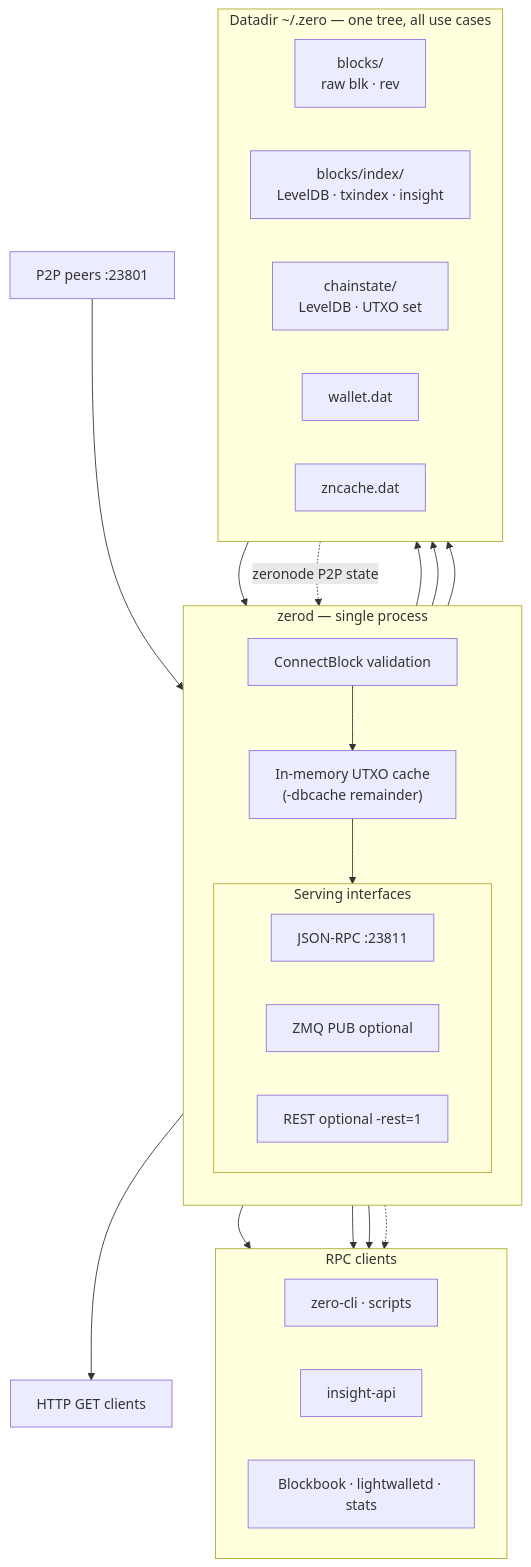
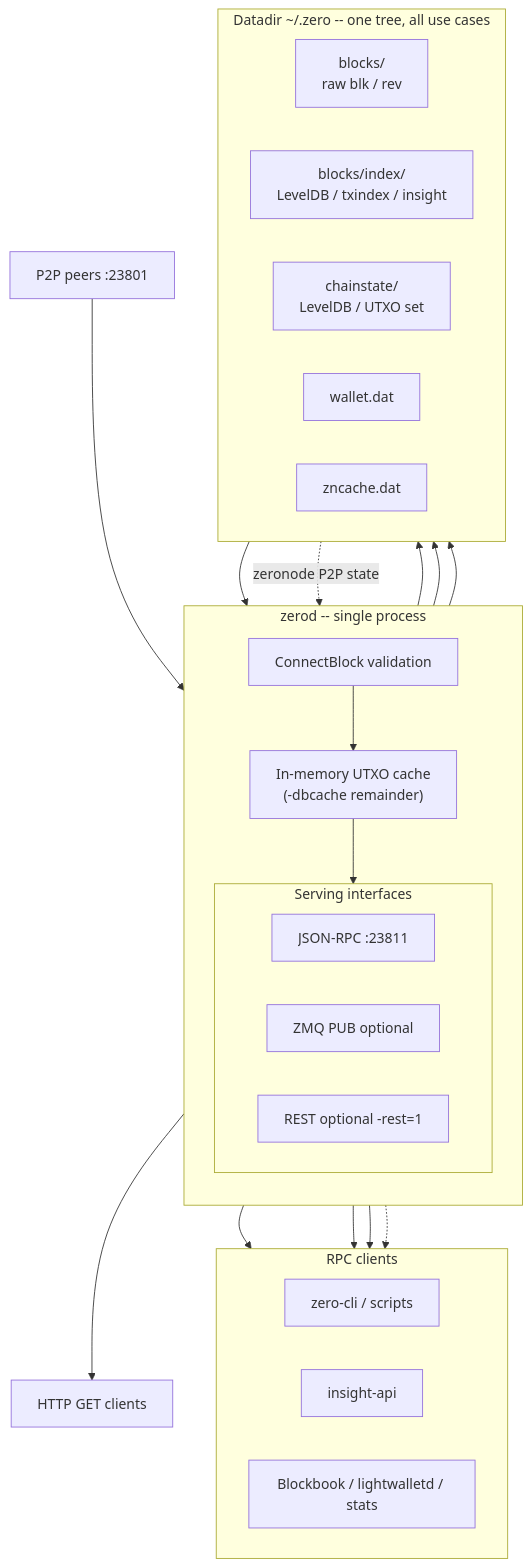
One commit to zerocurrencycoin/Zero changed the first of 3 diagrams in ZeroStruct.md. Above: the diagram before and after it, drawn with Mermaid. The commit also changed other lines of this file and 44 other files, not shown here.

````diff
--- a/ZeroStruct.md
+++ b/ZeroStruct.md
@@ -46,45 +35,45 @@
 ```mermaid
 flowchart TB
   P2P["P2P peers :23801"] --> val
 
-  subgraph zerod ["zerod — single process"]
+  subgraph zerod ["zerod -- single process"]
     direction TB
     val["ConnectBlock validation"]
     mem["In-memory UTXO cache<br/>(-dbcache remainder)"]
     subgraph ifaces ["Serving interfaces"]
       direction LR
       rpc["JSON-RPC :23811"]
       zmq["ZMQ PUB optional"]
       rest["REST optional -rest=1"]
     end
     val --> mem --> rpc
   end
 
-  subgraph datadir ["Datadir ~/.zero — one tree, all use cases"]
+  subgraph datadir ["Datadir ~/.zero -- one tree, all use cases"]
     direction LR
-    blocks["blocks/<br/>raw blk · rev"]
-    index["blocks/index/<br/>LevelDB · txindex · insight"]
-    chain["chainstate/<br/>LevelDB · UTXO set"]
+    blocks["blocks/<br/>raw blk / rev"]
+    index["blocks/index/<br/>LevelDB / txindex / insight"]
+    chain["chainstate/<br/>LevelDB / UTXO set"]
     wallet["wallet.dat"]
     zncache["zncache.dat"]
   end
 
   val --> blocks
   val --> index
   val --> chain
   wallet --> rpc
   zncache -.->|"zeronode P2P state"| val
 
   subgraph clients ["RPC clients"]
     direction LR
-    cli["zero-cli · scripts"]
+    cli["zero-cli / scripts"]
     ins["insight-api"]
-    bb["Blockbook · lightwalletd · stats"]
+    bb["Blockbook / lightwalletd / stats"]
   end
 
   rpc --> cli
   rpc --> ins
   rpc --> bb
   zmq -.-> ins
   rest --> http["HTTP GET clients"]
 ```
````
